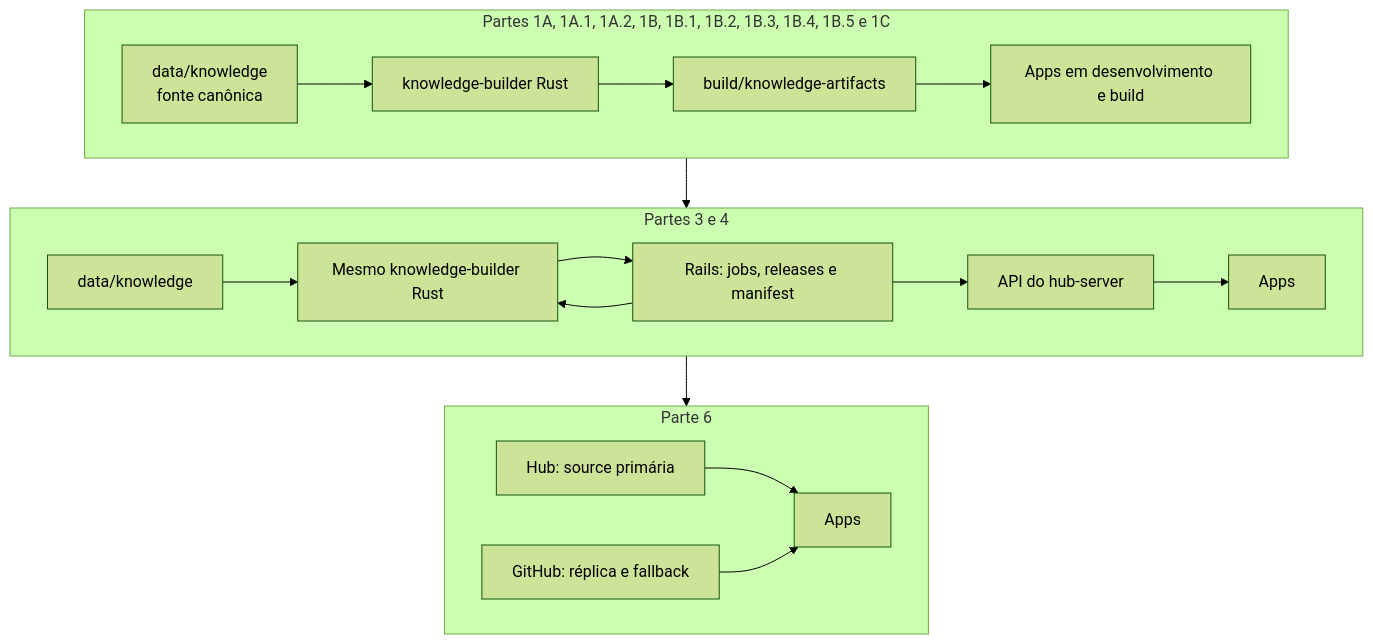
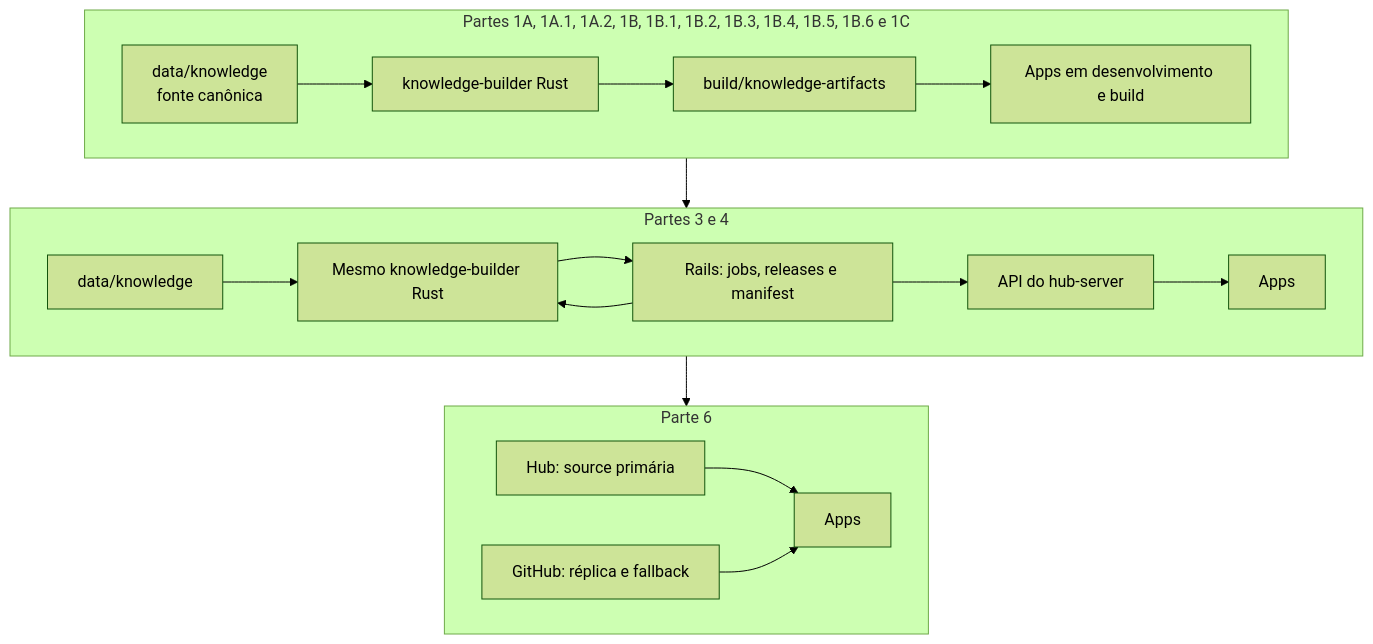
The second of 3 diagrams in docs/plans/hub-server/README.md (migmoroni/veterinary-clinic), drawn with Mermaid (forest theme) before and after one commit. The commit also changed other lines of this file and 30 other files, not shown here.

````diff
--- a/docs/plans/hub-server/README.md
+++ b/docs/plans/hub-server/README.md
@@ -62,23 +64,23 @@
 ```mermaid
 flowchart TB
-    subgraph S1["Partes 1A, 1A.1, 1A.2, 1B, 1B.1, 1B.2, 1B.3, 1B.4, 1B.5 e 1C"]
+    subgraph S1["Partes 1A, 1A.1, 1A.2, 1B, 1B.1, 1B.2, 1B.3, 1B.4, 1B.5, 1B.6 e 1C"]
         D1["data/knowledge<br/>fonte canônica"] --> G1["knowledge-builder Rust"]
         G1 --> B1["build/knowledge-artifacts"]
         B1 --> A1["Apps em desenvolvimento e build"]
     end
 
     subgraph S2["Partes 3 e 4"]
         D2["data/knowledge"] --> G2["Mesmo knowledge-builder Rust"]
         R2["Rails: jobs, releases e manifest"] --> G2
         G2 --> R2
         R2 --> H2["API do hub-server"]
         H2 --> A2["Apps"]
     end
 
     subgraph S3["Parte 6"]
         H3["Hub: source primária"] --> A3["Apps"]
         GH3["GitHub: réplica e fallback"] --> A3
     end
 
     S1 --> S2 --> S3
 ```
````
